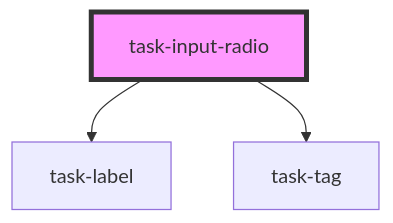
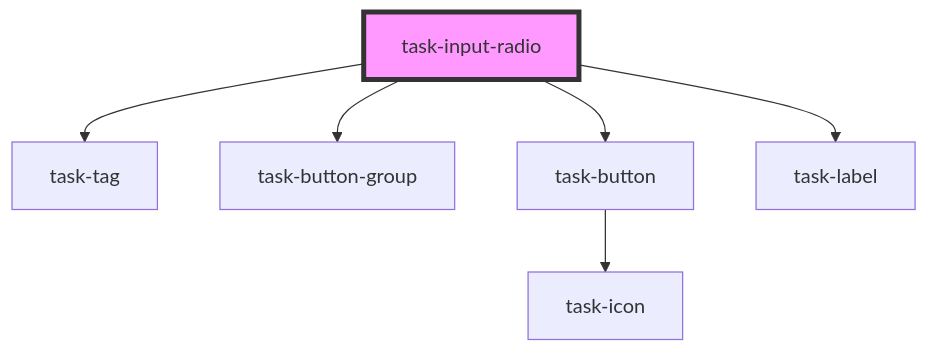
The diagram in src/components/task-input-radio/readme.md (dschultz0/task-components), drawn with Mermaid before and after one commit. The commit also changed other lines of this file and 2 other files, not shown here.

Commit message:
Add support for button group style radio selection

````diff
--- a/src/components/task-input-radio/readme.md
+++ b/src/components/task-input-radio/readme.md
@@ -80,6 +83,9 @@
 ```mermaid
 graph TD;
+  task-input-radio --> task-tag
+  task-input-radio --> task-button-group
+  task-input-radio --> task-button
   task-input-radio --> task-label
-  task-input-radio --> task-tag
+  task-button --> task-icon
   style task-input-radio fill:#f9f,stroke:#333,stroke-width:4px
 ```
````
